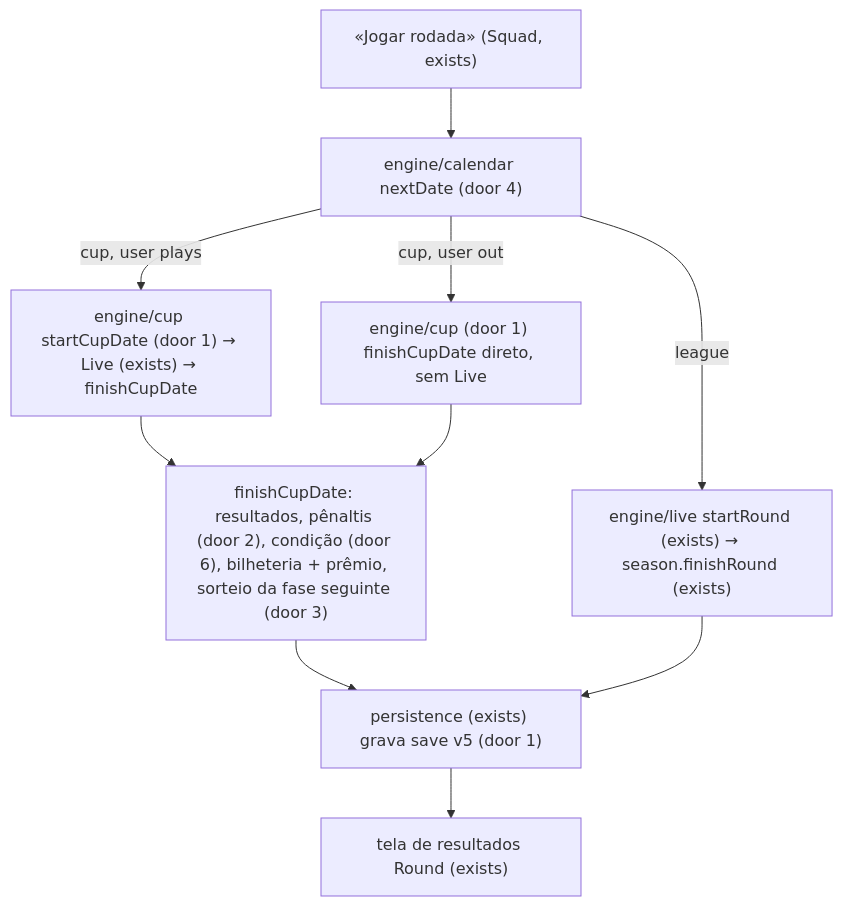
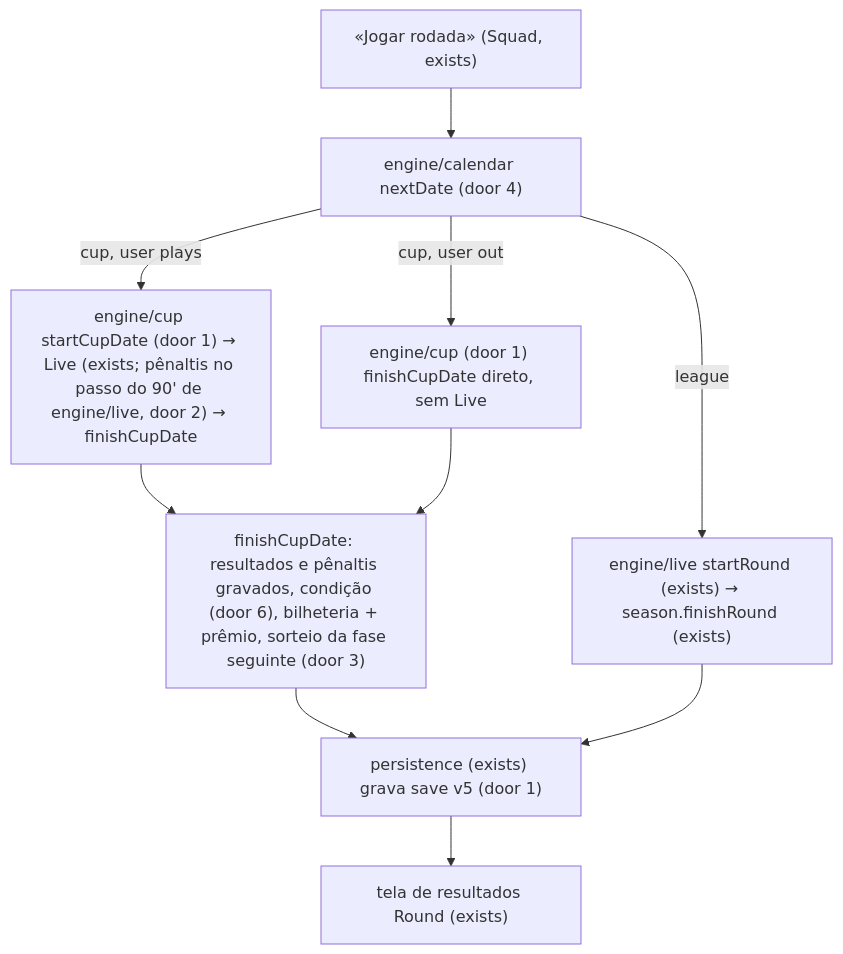
One commit to arthuurw/forzion-futmanager changed the first of 2 diagrams in .specs/features/copa-nacional/plan.md. Above: the diagram before and after it, drawn with Mermaid. The commit also changed other lines of this file and 29 other files, not shown here.

First line of the commit message:
feat(engine): national cup, calendar, penalties and save v5

````diff
--- a/.specs/features/copa-nacional/plan.md
+++ b/.specs/features/copa-nacional/plan.md
@@ -27,12 +27,12 @@
 ```mermaid
 flowchart TD
     BTN["«Jogar rodada» (Squad, exists)"] --> ND["engine/calendar nextDate (door 4)"]
     ND -->|league| LR["engine/live startRound (exists) → season.finishRound (exists)"]
-    ND -->|cup, user plays| CL["engine/cup startCupDate (door 1) → Live (exists) → finishCupDate"]
+    ND -->|cup, user plays| CL["engine/cup startCupDate (door 1) → Live (exists; pênaltis no passo do 90' de engine/live, door 2) → finishCupDate"]
     ND -->|cup, user out| CX["engine/cup (door 1) finishCupDate direto, sem Live"]
-    CL --> FC["finishCupDate: resultados, pênaltis (door 2), condição (door 6), bilheteria + prêmio, sorteio da fase seguinte (door 3)"]
+    CL --> FC["finishCupDate: resultados e pênaltis gravados, condição (door 6), bilheteria + prêmio, sorteio da fase seguinte (door 3)"]
     CX --> FC
     FC --> P["persistence (exists) grava save v5 (door 1)"]
     LR --> P
     P --> R["tela de resultados Round (exists)"]
 ```
````
